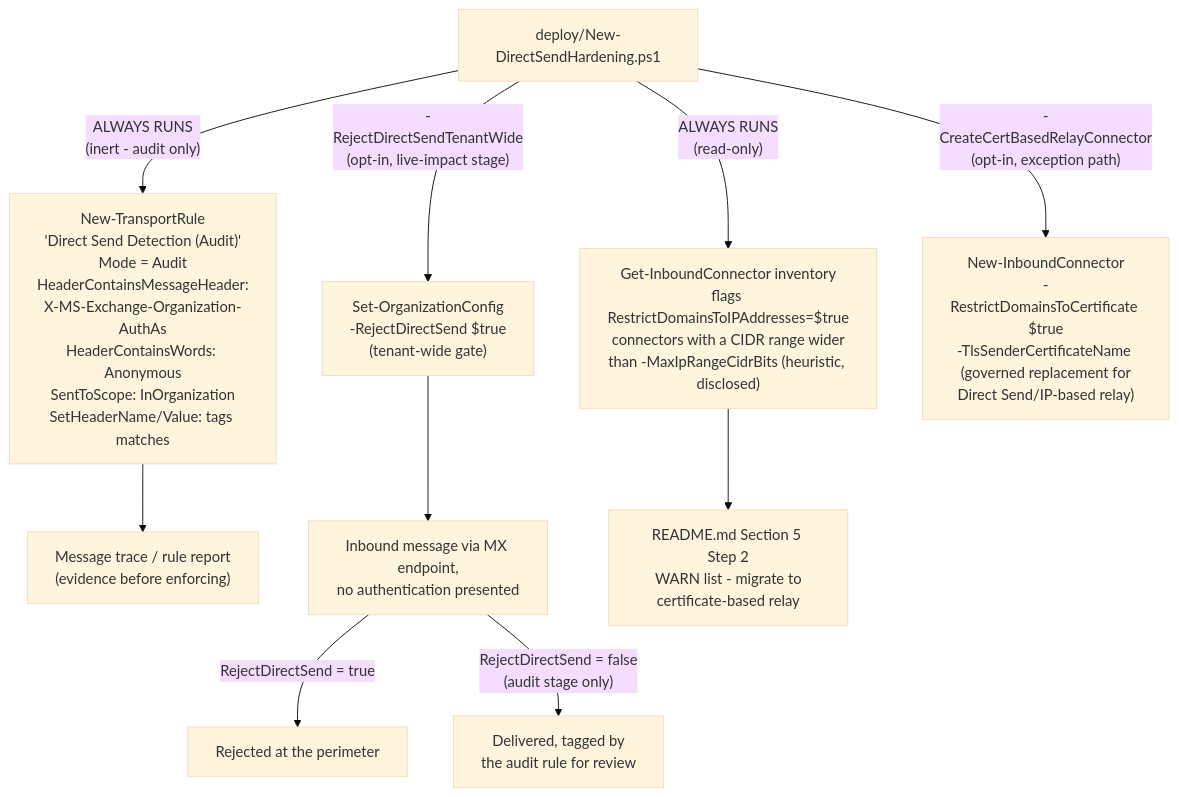
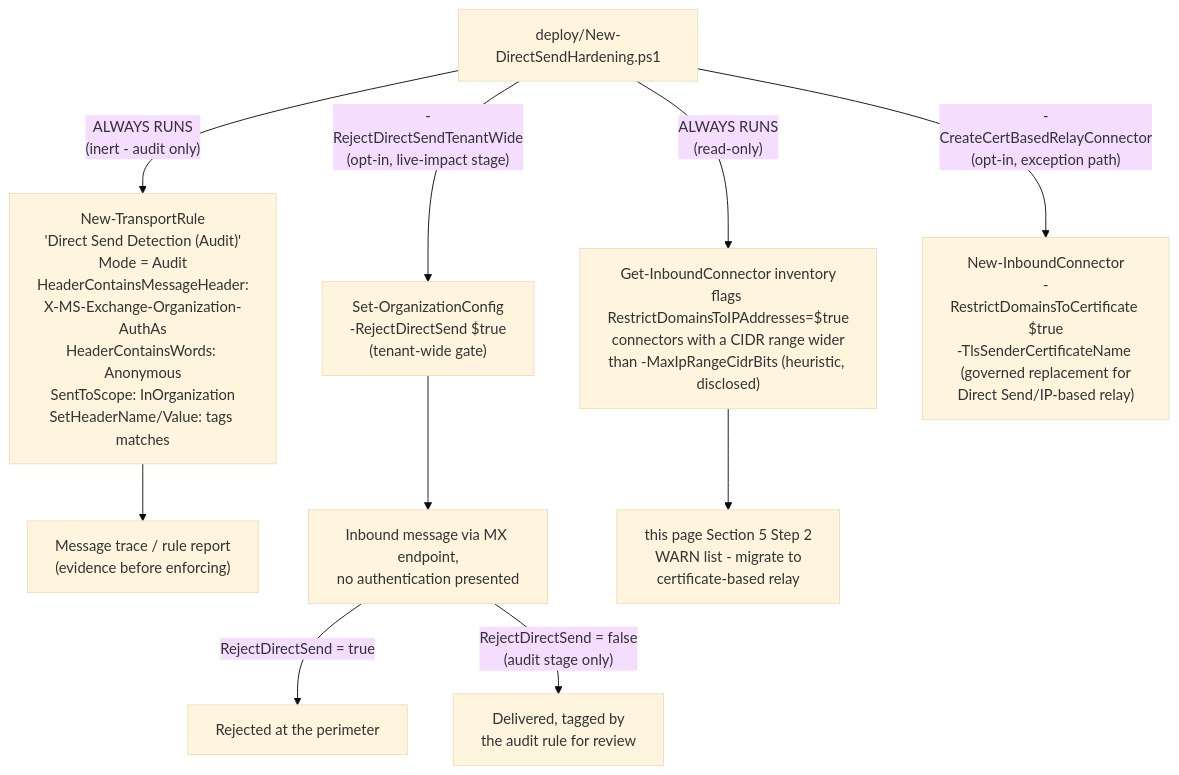
One commit to kpsec1/kpsec1.github.io changed the diagram in src/content/scenarios/adaptive-protection/direct-send-anonymous-relay-hardening.md. Above: the diagram before and after it, drawn with Mermaid (base theme). The commit also changed 269 other files, not shown here.

````diff
--- a/src/content/scenarios/adaptive-protection/direct-send-anonymous-relay-hardening.md
+++ b/src/content/scenarios/adaptive-protection/direct-send-anonymous-relay-hardening.md
@@ -63,13 +63,13 @@
 ```mermaid
 flowchart TD
     Deploy["deploy/New-DirectSendHardening.ps1"]
     Deploy -->|"ALWAYS RUNS\n(inert - audit only)"| Rule["New-TransportRule\n'Direct Send Detection (Audit)'\nMode = Audit\nHeaderContainsMessageHeader:\nX-MS-Exchange-Organization-AuthAs\nHeaderContainsWords: Anonymous\nSentToScope: InOrganization\nSetHeaderName/Value: tags matches"]
     Deploy -->|"ALWAYS RUNS\n(read-only)"| ConnAudit["Get-InboundConnector inventory\nflags RestrictDomainsToIPAddresses=$true\nconnectors with a CIDR range wider\nthan -MaxIpRangeCidrBits (heuristic, disclosed)"]
     Deploy -->|"-RejectDirectSendTenantWide\n(opt-in, live-impact stage)"| Reject["Set-OrganizationConfig\n-RejectDirectSend $true\n(tenant-wide gate)"]
     Deploy -->|"-CreateCertBasedRelayConnector\n(opt-in, exception path)"| Relay["New-InboundConnector\n-RestrictDomainsToCertificate $true\n-TlsSenderCertificateName <domain>\n(governed replacement for\nDirect Send/IP-based relay)"]
     Rule --> Trace["Message trace / rule report\n(evidence before enforcing)"]
     Reject --> Evaluate["Inbound message via MX endpoint,\nno authentication presented"]
     Evaluate -->|"RejectDirectSend = true"| Rejected["Rejected at the perimeter"]
     Evaluate -->|"RejectDirectSend = false\n(audit stage only)"| Delivered["Delivered, tagged by\nthe audit rule for review"]
-    ConnAudit --> Findings["README.md Section 5 Step 2\nWARN list - migrate to\ncertificate-based relay"]
+    ConnAudit --> Findings["this page Section 5 Step 2\nWARN list - migrate to\ncertificate-based relay"]
 ```
````
